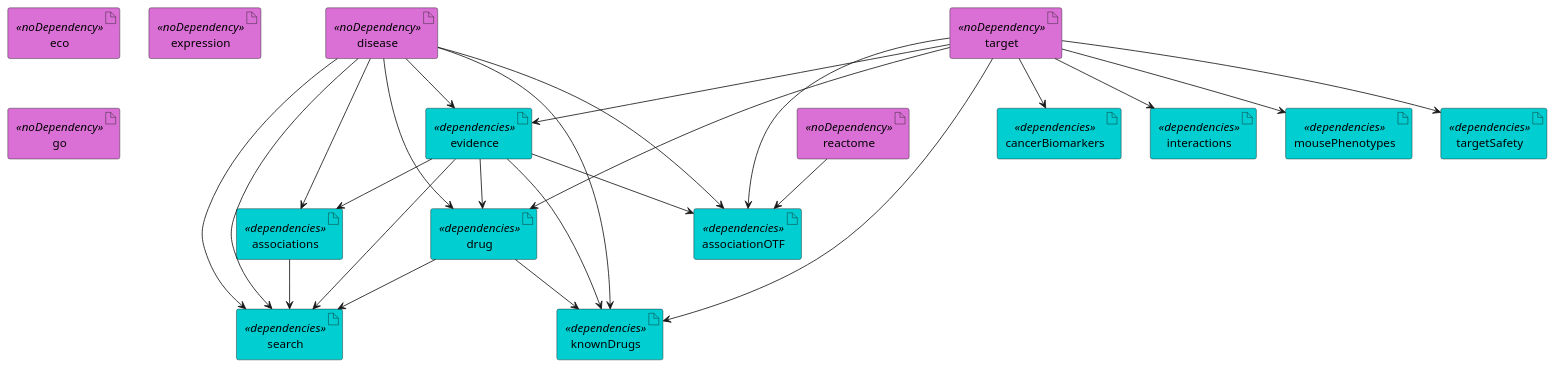
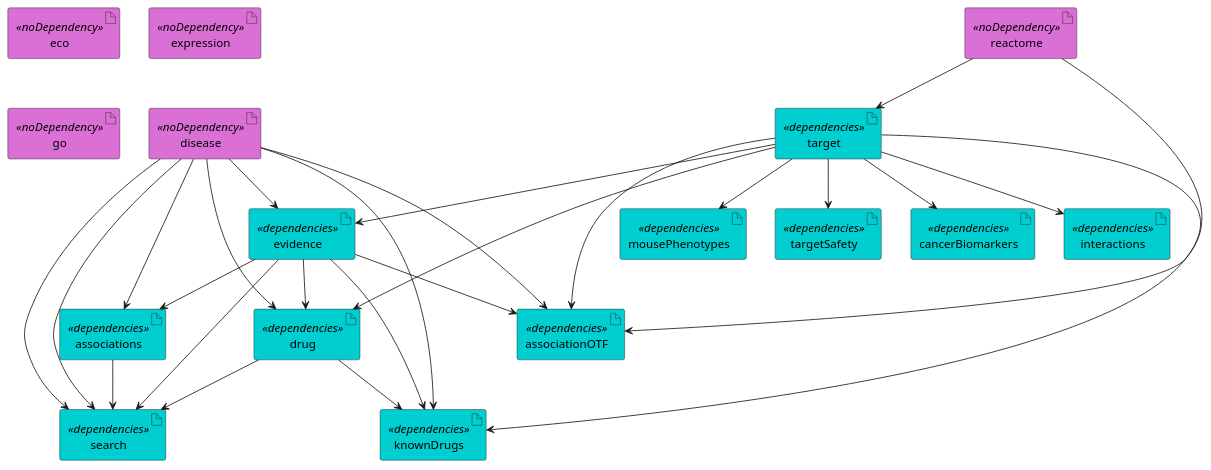
One commit to opentargets/platform-etl-backend changed the diagram in documentation/etl_current.puml. Above: the diagram before and after it, drawn with PlantUML. The commit also changed 7 other files, not shown here.

```diff
--- a/documentation/etl_current.puml
+++ b/documentation/etl_current.puml
@@ -1,61 +1,63 @@
 @startuml
 skinparam interface {
     backgroundColor<<input>> darkblue
     backgroundColor<<output>> cyan
 }
 skinparam artifact {
      backgroundColor<<noDependency>> orchid
      backgroundColor<<dependencies>> darkturquoise
  }
 ' steps
 artifact associations <<dependencies>>
 artifact associationOTF <<dependencies>>
 artifact cancerBiomarkers <<dependencies>>
 artifact disease <<noDependency>>
 artifact drug <<dependencies>>
 artifact eco <<noDependency>>
 artifact evidence <<dependencies>>
 artifact expression <<noDependency>>
 artifact go <<noDependency>>
 artifact interactions <<dependencies>>
 artifact knownDrugs <<dependencies>>
 artifact mousePhenotypes <<dependencies>>
 artifact reactome <<noDependency>>
 artifact search <<dependencies>>
-artifact target <<noDependency>>
+artifact target <<dependencies>>
 artifact targetSafety <<dependencies>>
+
+reactome --> target
 
 target --> targetSafety
 
 evidence --> associations
 disease --> associations
 
 reactome --> associationOTF
 evidence --> associationOTF
 disease --> associationOTF
 target --> associationOTF
 
 target --> cancerBiomarkers
 
 target --> mousePhenotypes
 
 target --> drug
 disease --> drug
 evidence --> drug
 target --> evidence
 disease --> evidence
 
 evidence --> knownDrugs
 disease --> knownDrugs
 target --> knownDrugs
 drug --> knownDrugs
 
 evidence --> search
 disease --> search
 disease --> search
 drug --> search
 associations --> search
 
 target --> interactions
 
 @enduml
```
